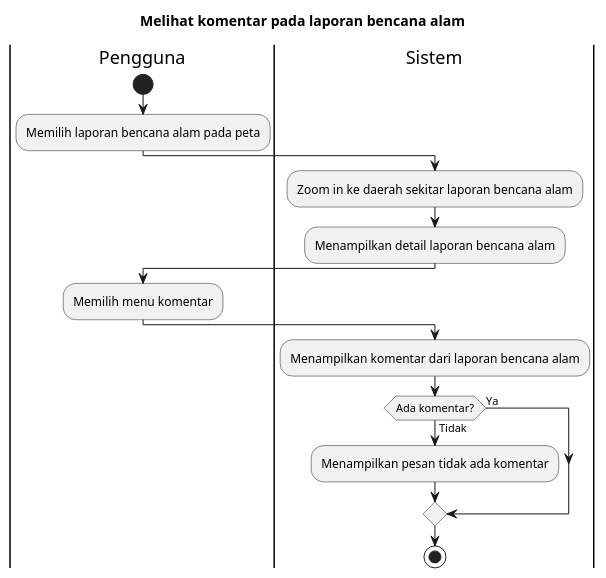
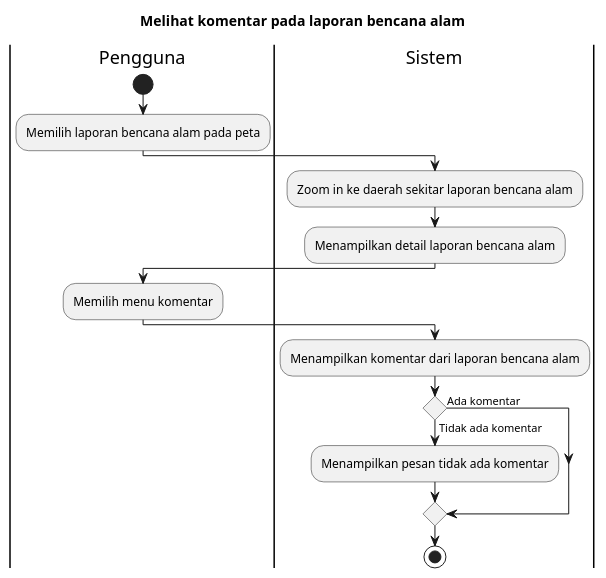
Before and after one commit to bagusNA/appl-diagrams: the diagram in Activity Diagrams/UC-MAP - Peta Bencana/UC-MAP-010 - Melihat komentar pada laporan bencana alam.puml, drawn with PlantUML. The commit also changed 35 other files, not shown here.

```diff
--- a/Activity Diagrams/UC-MAP - Peta Bencana/UC-MAP-010 - Melihat komentar pada laporan bencana alam.puml
+++ b/Activity Diagrams/UC-MAP - Peta Bencana/UC-MAP-010 - Melihat komentar pada laporan bencana alam.puml
@@ -1,26 +1,26 @@
 @startuml UC-MAP-010 - Melihat komentar pada laporan bencana alam
 
 title Melihat komentar pada laporan bencana alam
  
 |Pengguna|
 start
 :Memilih laporan bencana alam pada peta;
 
 |Sistem|
 :Zoom in ke daerah sekitar laporan bencana alam;
 :Menampilkan detail laporan bencana alam;
 
 |Pengguna|
 :Memilih menu komentar;
 
 |Sistem|
 :Menampilkan komentar dari laporan bencana alam;
 
-if (Ada komentar?) then (Tidak)
+if () then (Tidak ada komentar)
   :Menampilkan pesan tidak ada komentar;
-else (Ya)
+else (Ada komentar)
 endif
 
 stop
 
 @enduml
```
